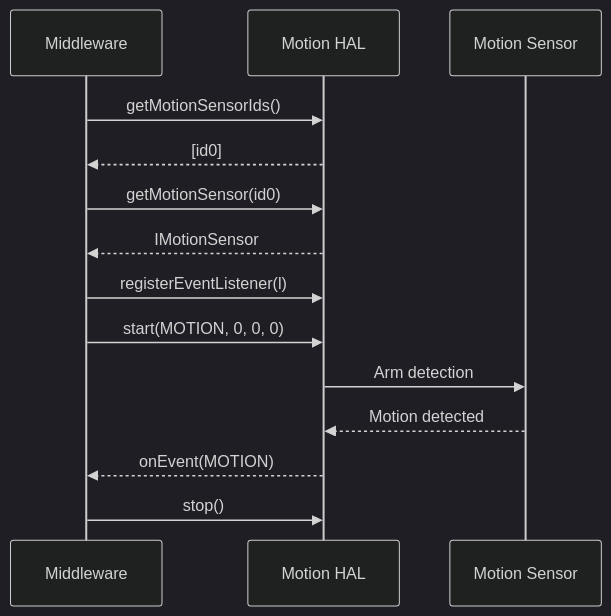
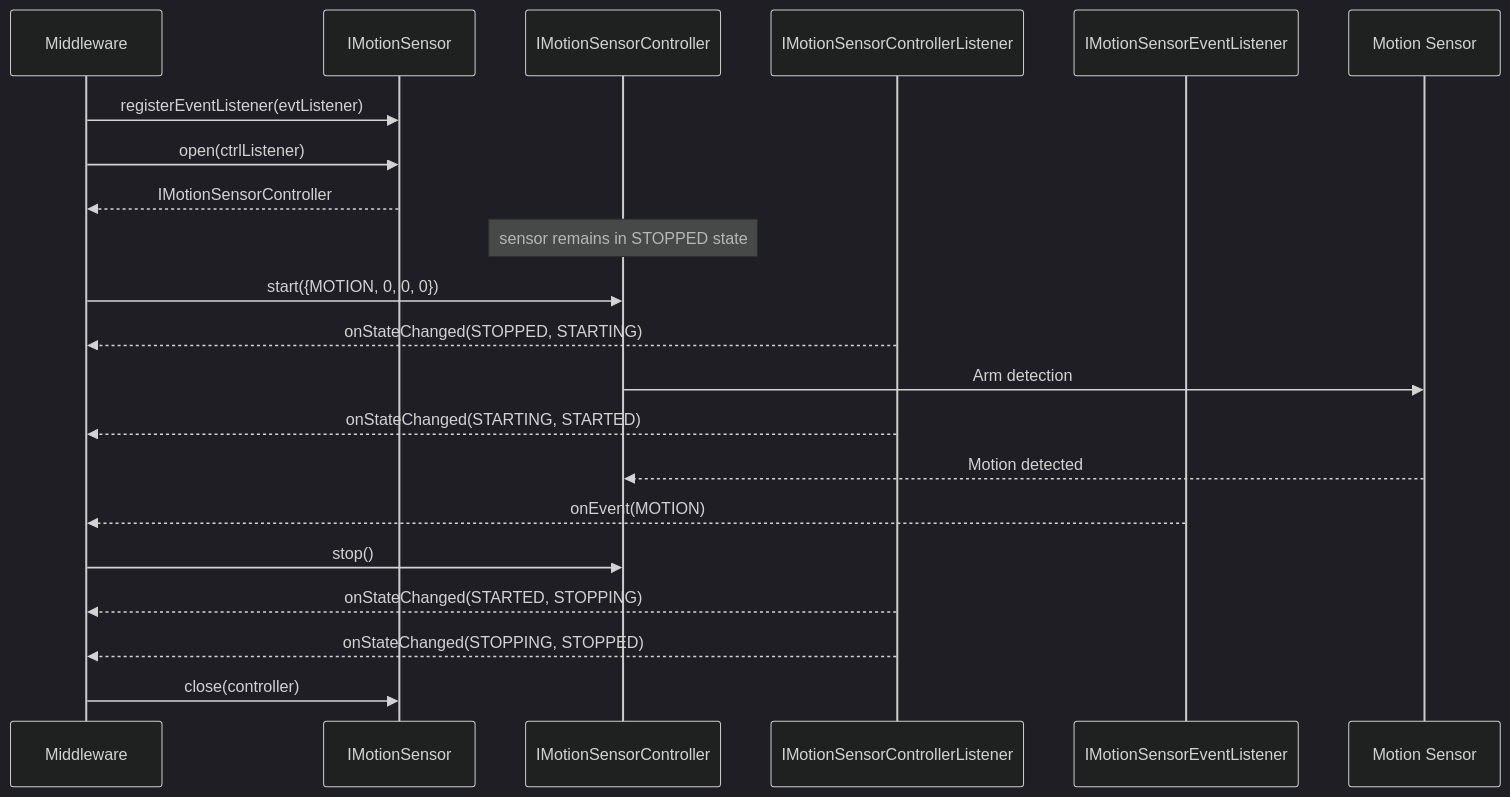
Before and after one commit to rdkcentral/rdk-halif-aidl: the second of 3 diagrams in docs/halif/sensor/current/motion/motion_sensor.md, drawn with Mermaid (dark theme). The commit also changed other lines of this file and 10 other files, not shown here.

First line of the commit message:
feat(motion_sensor)!: adopt controller pattern with StartConfig and diagnostic APIs (#427)

````diff
--- a/docs/halif/sensor/current/motion/motion_sensor.md
+++ b/docs/halif/sensor/current/motion/motion_sensor.md
@@ -216,17 +265,28 @@
 ```mermaid
 sequenceDiagram
     participant MW as Middleware
-    participant HAL as Motion HAL
-    participant Sensor as Motion Sensor
+    participant Sensor as IMotionSensor
+    participant Ctrl as IMotionSensorController
+    participant CtrlL as IMotionSensorControllerListener
+    participant EvtL as IMotionSensorEventListener
+    participant HW as Motion Sensor
 
-    MW->>HAL: getMotionSensorIds()
-    HAL-->>MW: [id0]
-    MW->>HAL: getMotionSensor(id0)
-    HAL-->>MW: IMotionSensor
-    MW->>HAL: registerEventListener(l)
-    MW->>HAL: start(MOTION, 0, 0, 0)
-    HAL->>Sensor: Arm detection
-    Sensor-->>HAL: Motion detected
-    HAL-->>MW: onEvent(MOTION)
-    MW->>HAL: stop()
+    MW->>Sensor: registerEventListener(evtListener)
+    MW->>Sensor: open(ctrlListener)
+    Sensor-->>MW: IMotionSensorController
+    Note over Ctrl: sensor remains in STOPPED state
+
+    MW->>Ctrl: start({MOTION, 0, 0, 0})
+    CtrlL-->>MW: onStateChanged(STOPPED, STARTING)
+    Ctrl->>HW: Arm detection
+    CtrlL-->>MW: onStateChanged(STARTING, STARTED)
+
+    HW-->>Ctrl: Motion detected
+    EvtL-->>MW: onEvent(MOTION)
+
+    MW->>Ctrl: stop()
+    CtrlL-->>MW: onStateChanged(STARTED, STOPPING)
+    CtrlL-->>MW: onStateChanged(STOPPING, STOPPED)
+
+    MW->>Sensor: close(controller)
 ```
````
